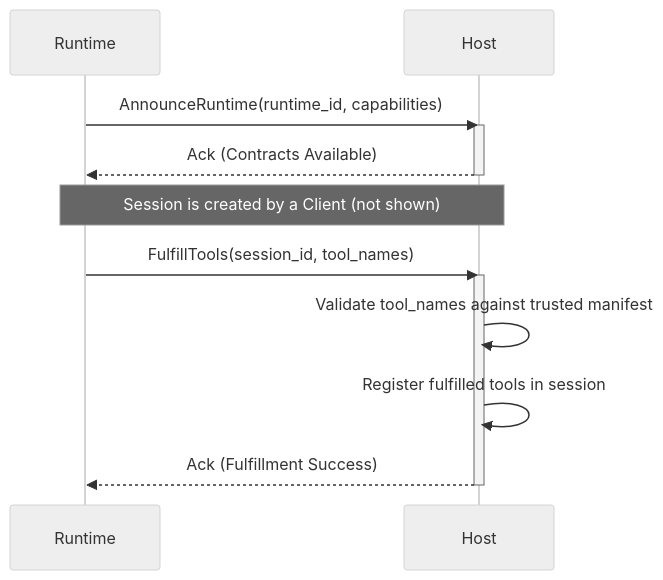
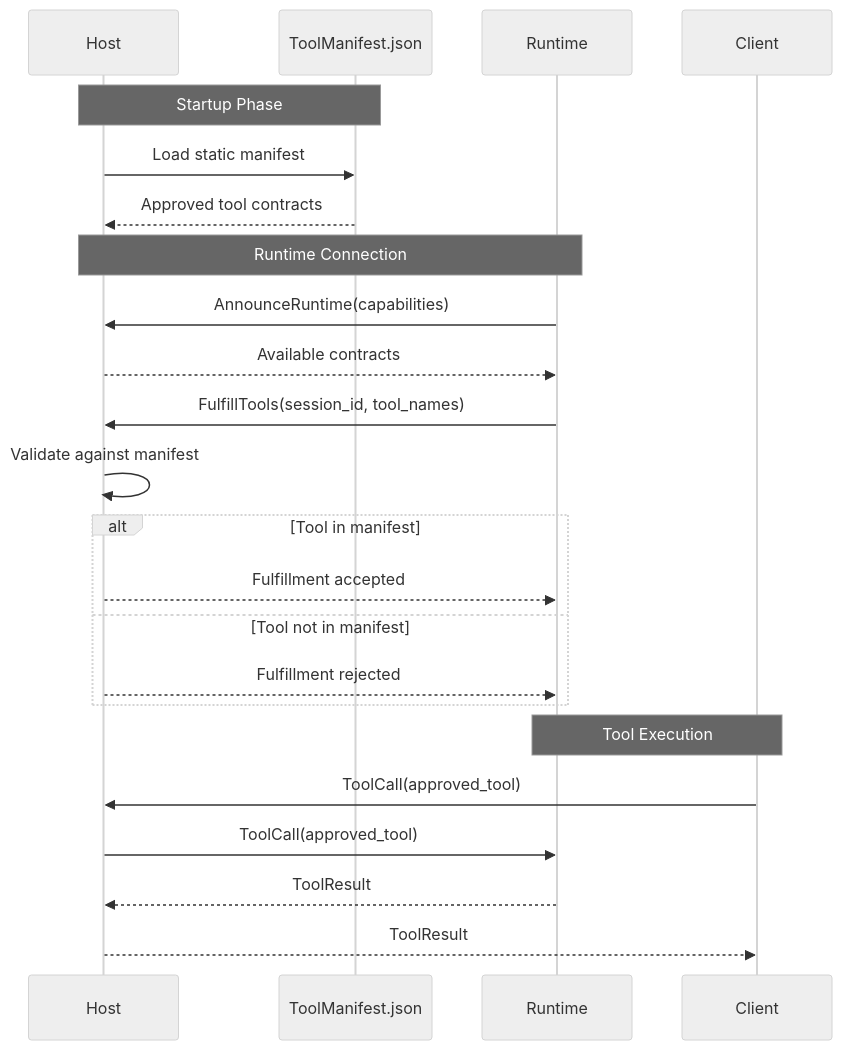
The third of 17 diagrams in priv/docs/specs/03-grid-protocol/grid-protocol.md (nshkrdotcom/ALTAR), drawn with Mermaid (neutral theme) before and after one commit. The commit also changed other lines of this file and 3 other files, not shown here.

````diff
--- a/priv/docs/specs/03-grid-protocol/grid-protocol.md
+++ b/priv/docs/specs/03-grid-protocol/grid-protocol.md
@@ -242,19 +144,29 @@
 ```mermaid
 sequenceDiagram
+    participant H as Host
+    participant M as ToolManifest.json
     participant RT as Runtime
-    participant H as Host
+    participant C as Client
 
-    RT->>H: AnnounceRuntime(runtime_id, capabilities)
-    activate H
-    H-->>RT: Ack (Contracts Available)
-    deactivate H
+    Note over H,M: Startup Phase
+    H->>M: Load static manifest
+    M-->>H: Approved tool contracts
 
-    Note over RT, H: Session is created by a Client (not shown)
+    Note over RT,H: Runtime Connection
+    RT->>H: AnnounceRuntime(capabilities)
+    H-->>RT: Available contracts
 
     RT->>H: FulfillTools(session_id, tool_names)
-    activate H
-    H->>H: Validate tool_names against trusted manifest
-    H->>H: Register fulfilled tools in session
-    H-->>RT: Ack (Fulfillment Success)
-    deactivate H
+    H->>H: Validate against manifest
+    alt Tool in manifest
+        H-->>RT: Fulfillment accepted
+    else Tool not in manifest
+        H-->>RT: Fulfillment rejected
+    end
+
+    Note over C,RT: Tool Execution
+    C->>H: ToolCall(approved_tool)
+    H->>RT: ToolCall(approved_tool)
+    RT-->>H: ToolResult
+    H-->>C: ToolResult
 ```
````
